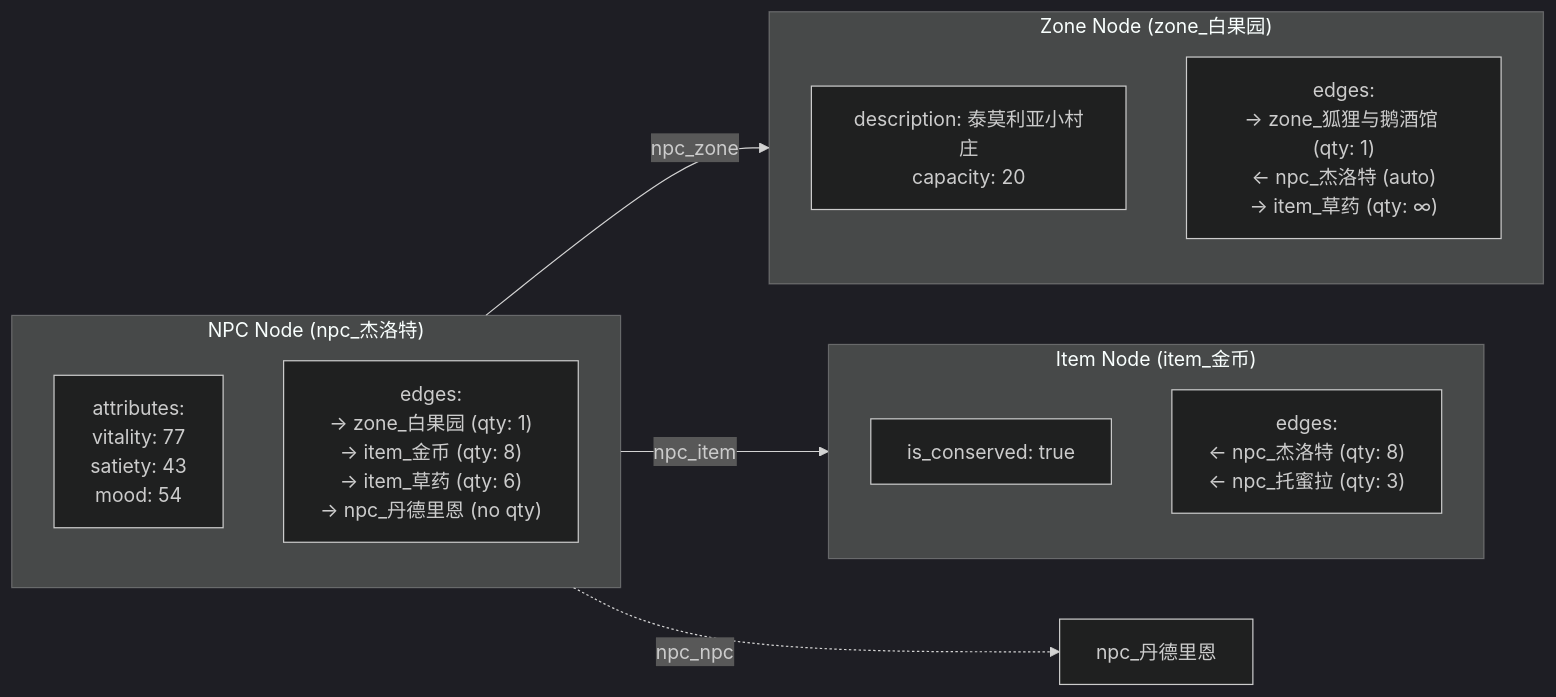
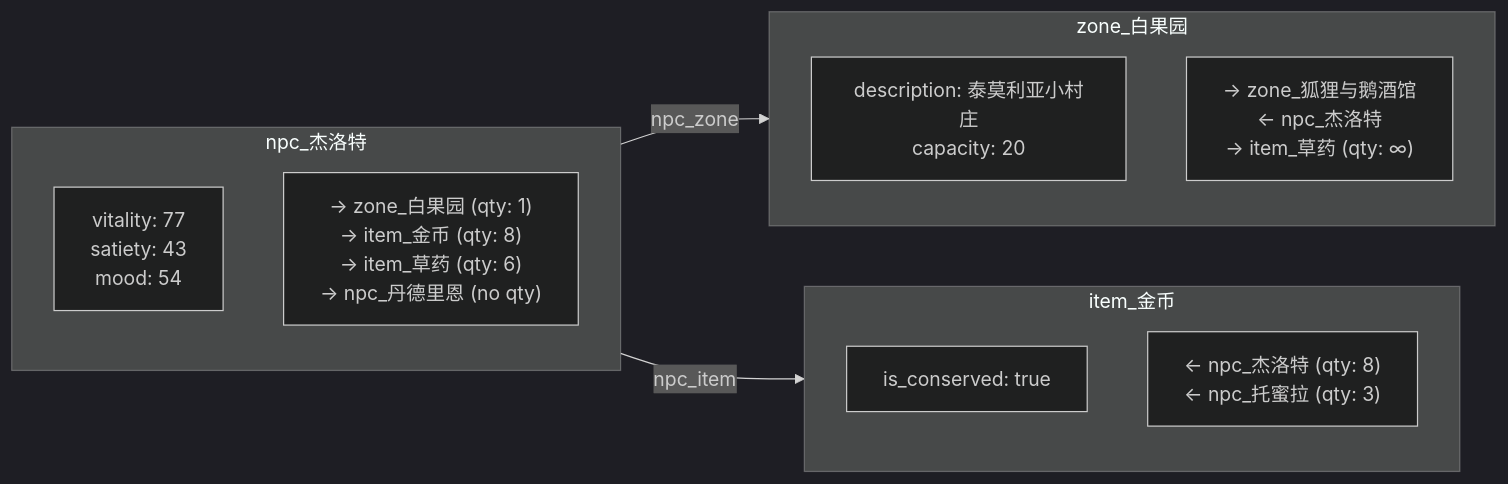
One commit to Asher0501/AgentWorld changed the first of 4 diagrams in README.md. Above: the diagram before and after it, drawn with Mermaid (dark theme). The commit also changed other lines of this file, not shown here.

````diff
--- a/README.md
+++ b/README.md
@@ -185,22 +269,17 @@
 ```mermaid
 flowchart LR
-    subgraph NPC["NPC Node (npc_杰洛特)"]
-        direction TB
-        A_ATTR["attributes:<br/>vitality: 77<br/>satiety: 43<br/>mood: 54"]
-        A_EDGES["edges:<br/>→ zone_白果园 (qty: 1)<br/>→ item_金币 (qty: 8)<br/>→ item_草药 (qty: 6)<br/>→ npc_丹德里恩 (no qty)"]
+    subgraph NPC["npc_杰洛特"]
+        A_ATTR["vitality: 77<br/>satiety: 43<br/>mood: 54"]
+        A_EDGES["→ zone_白果园 (qty: 1)<br/>→ item_金币 (qty: 8)<br/>→ item_草药 (qty: 6)<br/>→ npc_丹德里恩 (no qty)"]
     end
-
-    subgraph ZONE["Zone Node (zone_白果园)"]
+    subgraph ZONE["zone_白果园"]
         Z_ATTR["description: 泰莫利亚小村庄<br/>capacity: 20"]
-        Z_EDGES["edges:<br/>→ zone_狐狸与鹅酒馆 (qty: 1)<br/>← npc_杰洛特 (auto)<br/>→ item_草药 (qty: ∞)"]
+        Z_EDGES["→ zone_狐狸与鹅酒馆<br/>← npc_杰洛特<br/>→ item_草药 (qty: ∞)"]
     end
-
-    subgraph ITEM["Item Node (item_金币)"]
+    subgraph ITEM["item_金币"]
         I_ATTR["is_conserved: true"]
-        I_EDGES["edges:<br/>← npc_杰洛特 (qty: 8)<br/>← npc_托蜜拉 (qty: 3)"]
+        I_EDGES["← npc_杰洛特 (qty: 8)<br/>← npc_托蜜拉 (qty: 3)"]
     end
-
-    NPC -->|"npc_zone"| ZONE
-    NPC -->|"npc_item"| ITEM
-    NPC -.->|"npc_npc"| NPC_OTHER["npc_丹德里恩"]
+    NPC -->|npc_zone| ZONE
+    NPC -->|npc_item| ITEM
 ```
````
